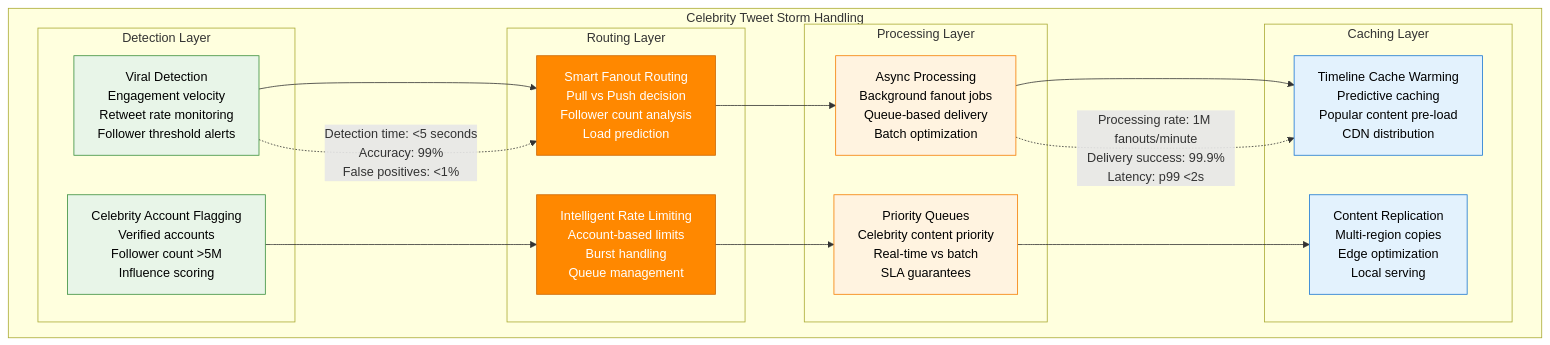
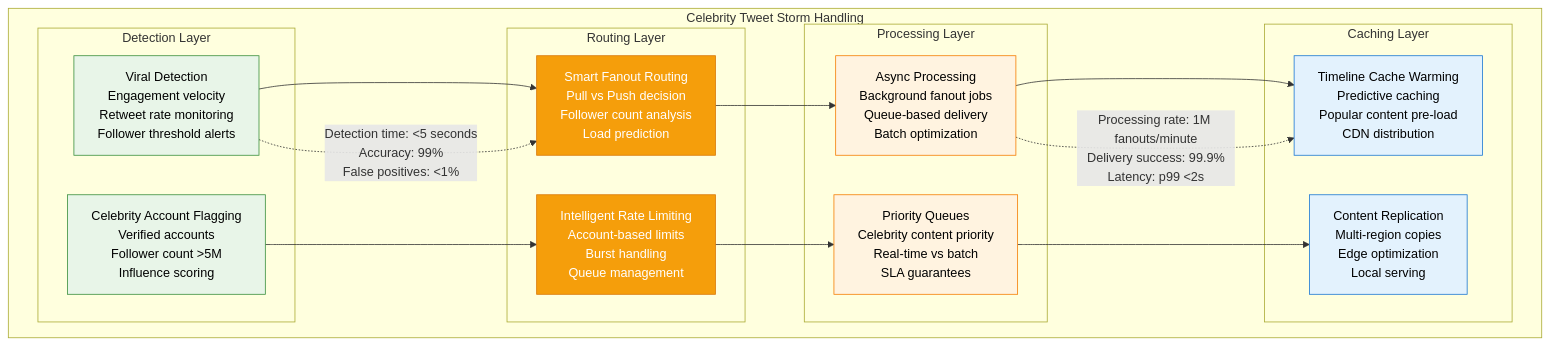
Before and after one commit to deepaucksharma/DS: the seventh of 8 diagrams in site/docs/systems/twitter/failure-domains.md, drawn with Mermaid. The commit also changed other lines of this file and 303 other files, not shown here.

````diff
--- a/site/docs/systems/twitter/failure-domains.md
+++ b/site/docs/systems/twitter/failure-domains.md
@@ -315,47 +315,47 @@
 ```mermaid
 graph TB
     subgraph CelebrityStormHandling[Celebrity Tweet Storm Handling]
         subgraph DetectionLayer[Detection Layer]
             VIRAL_DETECTION[Viral Detection<br/>Engagement velocity<br/>Retweet rate monitoring<br/>Follower threshold alerts]
             CELEBRITY_FLAGGING[Celebrity Account Flagging<br/>Verified accounts<br/>Follower count >5M<br/>Influence scoring]
         end
 
         subgraph RoutingLayer[Routing Layer]
             SMART_FANOUT[Smart Fanout Routing<br/>Pull vs Push decision<br/>Follower count analysis<br/>Load prediction]
             RATE_LIMITING[Intelligent Rate Limiting<br/>Account-based limits<br/>Burst handling<br/>Queue management]
         end
 
         subgraph ProcessingLayer[Processing Layer]
             ASYNC_PROCESSING[Async Processing<br/>Background fanout jobs<br/>Queue-based delivery<br/>Batch optimization]
             PRIORITY_QUEUES[Priority Queues<br/>Celebrity content priority<br/>Real-time vs batch<br/>SLA guarantees]
         end
 
         subgraph CachingLayer[Caching Layer]
             TIMELINE_WARMING[Timeline Cache Warming<br/>Predictive caching<br/>Popular content pre-load<br/>CDN distribution]
             CONTENT_REPLICATION[Content Replication<br/>Multi-region copies<br/>Edge optimization<br/>Local serving]
         end
     end
 
     VIRAL_DETECTION --> SMART_FANOUT
     CELEBRITY_FLAGGING --> RATE_LIMITING
 
     SMART_FANOUT --> ASYNC_PROCESSING
     RATE_LIMITING --> PRIORITY_QUEUES
 
     ASYNC_PROCESSING --> TIMELINE_WARMING
     PRIORITY_QUEUES --> CONTENT_REPLICATION
 
     %% Celebrity handling metrics
     VIRAL_DETECTION -.->|"Detection time: <5 seconds<br/>Accuracy: 99%<br/>False positives: <1%"| SMART_FANOUT
     ASYNC_PROCESSING -.->|"Processing rate: 1M fanouts/minute<br/>Delivery success: 99.9%<br/>Latency: p99 <2s"| TIMELINE_WARMING
 
     classDef detectionStyle fill:#E8F5E8,stroke:#388E3C,color:#000
-    classDef routingStyle fill:#FF8800,stroke:#CC6600,color:#fff
+    classDef routingStyle fill:#F59E0B,stroke:#D97706,color:#fff
     classDef processingStyle fill:#FFF3E0,stroke:#F57C00,color:#000
     classDef cachingStyle fill:#E3F2FD,stroke:#1976D2,color:#000
 
     class VIRAL_DETECTION,CELEBRITY_FLAGGING detectionStyle
     class SMART_FANOUT,RATE_LIMITING routingStyle
     class ASYNC_PROCESSING,PRIORITY_QUEUES processingStyle
     class TIMELINE_WARMING,CONTENT_REPLICATION cachingStyle
 ```
````
